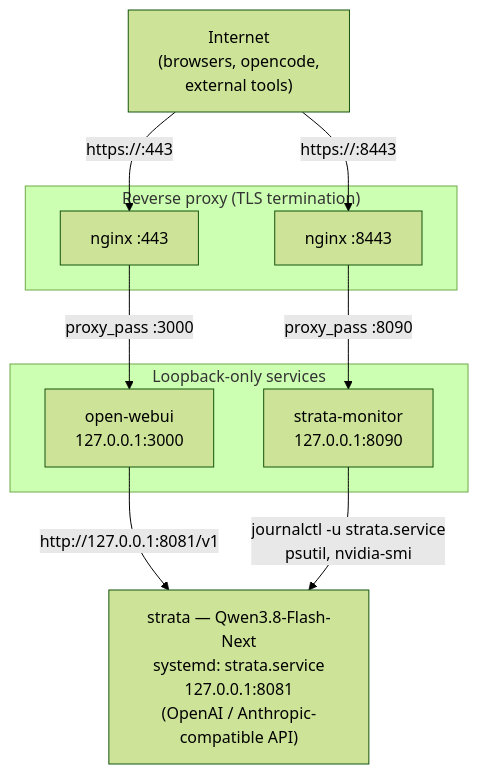
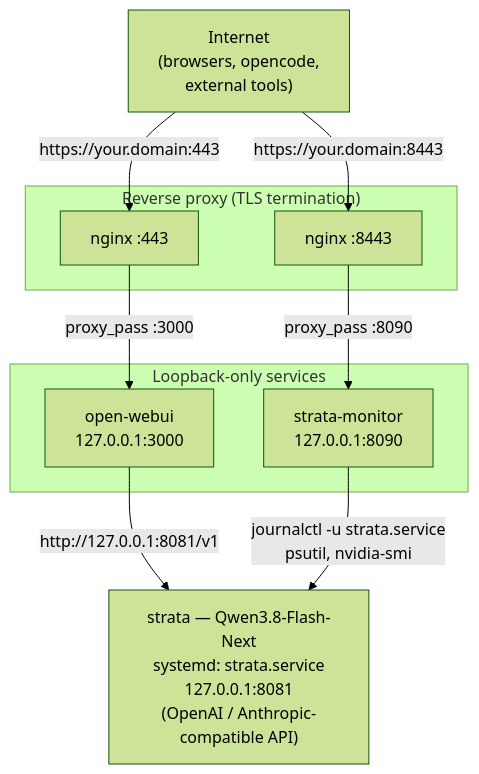
The diagram in README.md (aynair/strata-monitor), drawn with Mermaid (forest theme) before and after one commit.

Commit message:
Fix architecture connection label

````diff
--- a/README.md
+++ b/README.md
@@ -30,23 +30,23 @@
 ```mermaid
 graph TD
     Internet["Internet<br/>(browsers, opencode,<br/>external tools)"]
 
     subgraph tls["Reverse proxy (TLS termination)"]
         Nginx443["nginx :443"]
         Nginx8443["nginx :8443"]
     end
 
     subgraph apps["Loopback-only services"]
         WebUI["open-webui<br/>127.0.0.1:3000"]
         Monitor["strata-monitor<br/>127.0.0.1:8090"]
     end
 
     Engine["strata — Qwen3.8-Flash-Next<br/>systemd: strata.service<br/>127.0.0.1:8081<br/>(OpenAI / Anthropic-compatible API)"]
 
-    Internet -->|"https://<your.domain>:443"| Nginx443
-    Internet -->|"https://<your.domain>:8443"| Nginx8443
+    Internet -->|"https://your.domain:443"| Nginx443
+    Internet -->|"https://your.domain:8443"| Nginx8443
     Nginx443 -->|"proxy_pass :3000"| WebUI
     Nginx8443 -->|"proxy_pass :8090"| Monitor
     WebUI -->|"http://127.0.0.1:8081/v1"| Engine
     Monitor -->|"journalctl -u strata.service<br/>psutil, nvidia-smi"| Engine
 ```
````
